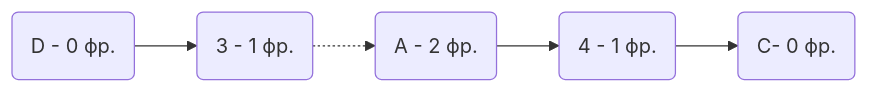
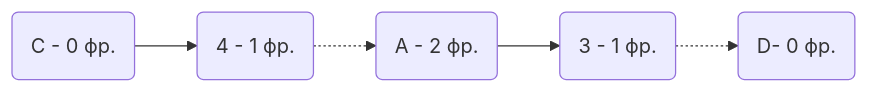
The eighth of 14 diagrams in task-8/Milty-task-8.md (hse-algo-24-crow/manual-tasks-crow), drawn with Mermaid before and after one commit. The commit also changed other lines of this file, not shown here.

````diff
--- a/task-8/Milty-task-8.md
+++ b/task-8/Milty-task-8.md
@@ -230,4 +243,4 @@
 ```mermaid
 graph LR
-    D(D - 0 фр.)  --> 3(3 - 1 фр.) -.-> A(A - 2 фр.) --> 4(4 - 1 фр.) --> C(C- 0 фр.)
+    C(C - 0 фр.)  --> 4(4 - 1 фр.) -.-> A(A - 2 фр.) --> 3(3 - 1 фр.) -.-> D(D- 0 фр.)
 ```
````
